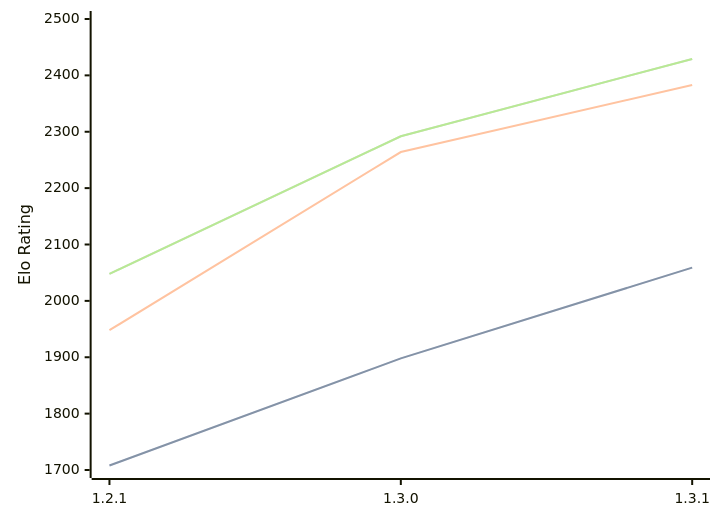
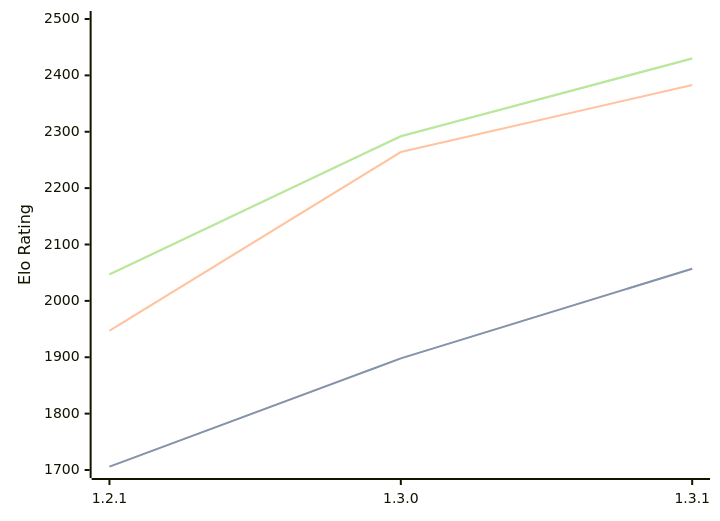
Before and after one commit to computer-chess-index/cci: the diagram in engines/Chal.md, drawn with Mermaid. The commit also changed other lines of this file, not shown here.

Commit message:
Update CCI Ratings (ELO VLTC) - 2026-03-15

````diff
--- a/engines/Chal.md
+++ b/engines/Chal.md
@@ -34,11 +35,11 @@
 ```mermaid
 %%{init: {"theme":"base","themeVariables":{"seriesColors:['#a3a3a3','#222221','#faa371']}}}%%
 xychart-beta
   x-axis ["1.2.1", "1.3.0", "1.3.1"]
   y-axis "Elo Rating" 1700 --> 2500
-  line "STC (8.0+0.08s)" [1708, 1898, 2059]
-  line "STC (8.0+0.08s)" [1708, 1898, 2059]
-  line "LTC (60.0+0.60s)" [1948, 2264, 2383]
-  line "VLTC (2m24s+1.12s)" [2048, 2292, 2429]
-  line "VLTC (2m24s+1.12s)" [2048, 2292, 2429]
+  line "STC (8.0+0.08s)" [1706, 1898, 2057]
+  line "STC (8.0+0.08s)" [1706, 1898, 2057]
+  line "LTC (60.0+0.60s)" [1947, 2264, 2383]
+  line "VLTC (2m24s+1.12s)" [2047, 2292, 2430]
+  line "VLTC (2m24s+1.12s)" [2047, 2292, 2430]
 ```
````
